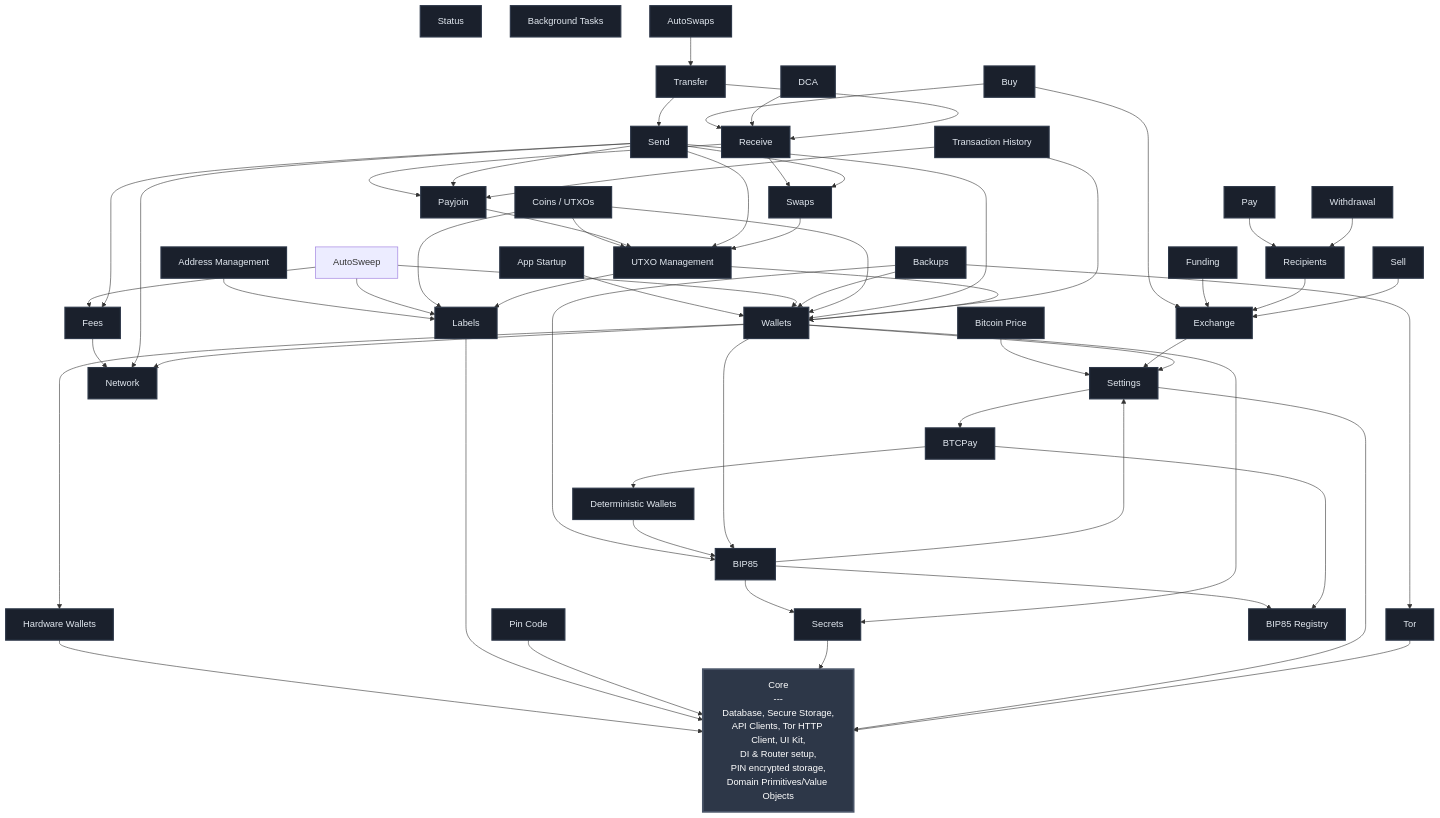
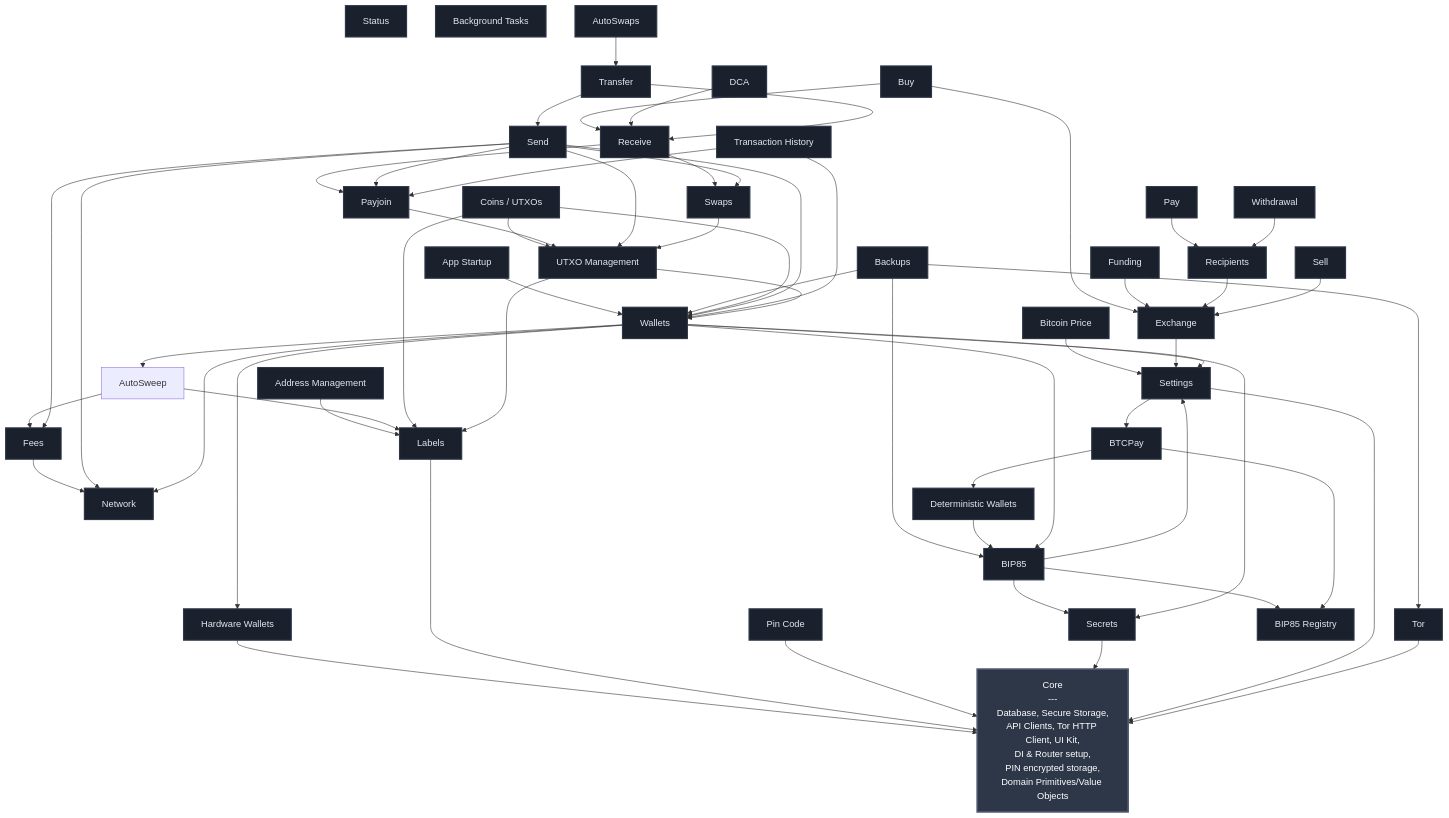
One commit to SatoshiPortal/bullbitcoin-mobile changed the diagram in FEATURES.md. Above: the diagram before and after it, drawn with Mermaid. The commit also changed 10 other files, not shown here.

```diff
--- a/FEATURES.md
+++ b/FEATURES.md
@@ -59,7 +59,6 @@
     AUTOSWAPS --> TRANSFER
     AUTOSWEEP --> FEES
     AUTOSWEEP --> LABELS
-    AUTOSWEEP --> WALLETS
     BIP85 --> SECRETS
     BIP85 --> SETTINGS
     BIP85 --> BIP85_REGISTRY
@@ -106,6 +105,7 @@
     UTXO_MGMT --> LABELS
     UTXO_MGMT --> WALLETS
     WALLETS --> BIP85
+    WALLETS --> AUTOSWEEP
     WALLETS --> HW_WALLETS
     WALLETS --> NETWORK
     WALLETS --> SECRETS
```
